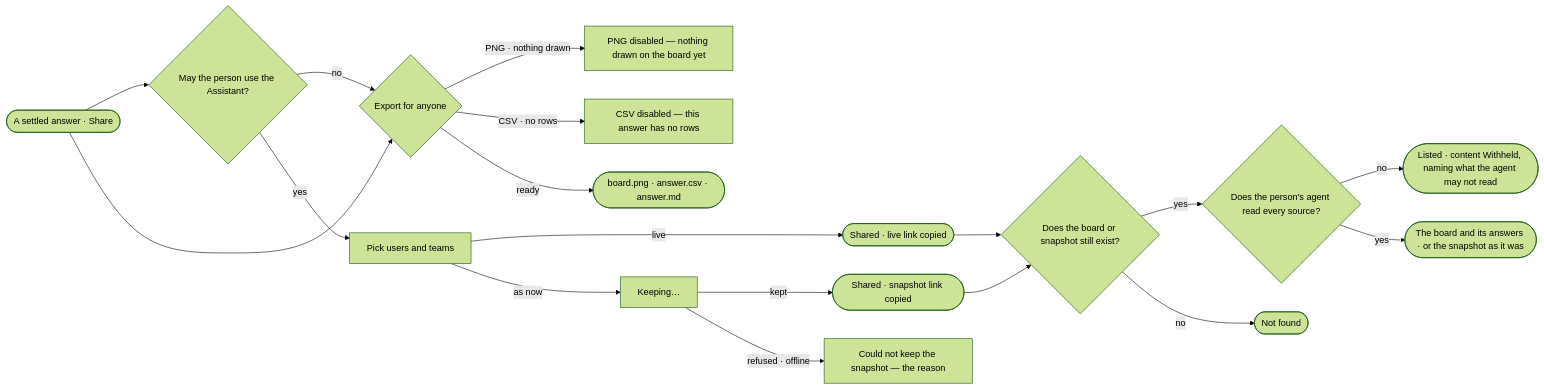
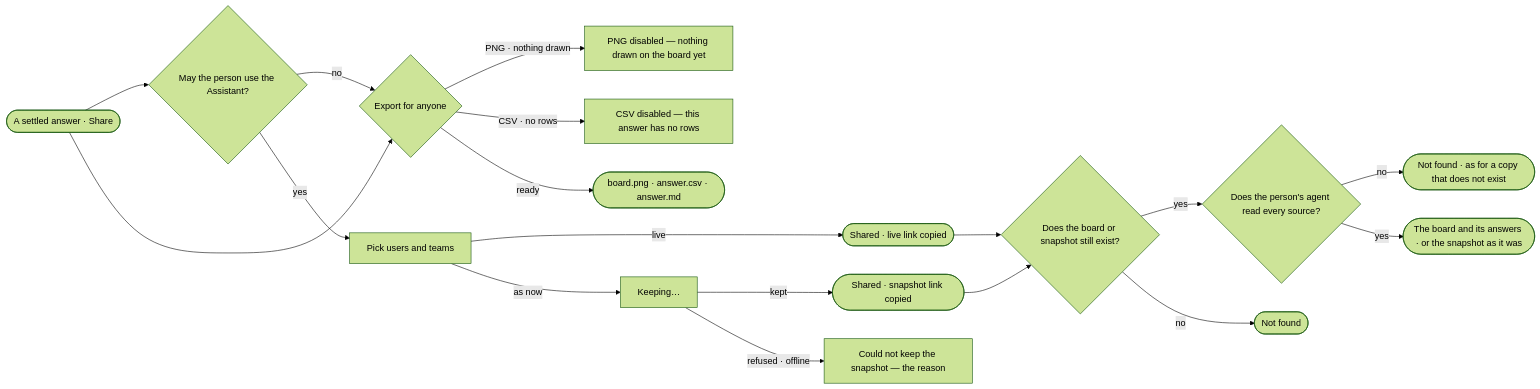
Before and after one commit to invana/invana: the diagram in specs/capabilities/explore/features/EX-F02-share-and-present-an-answer/stories/EX-15-share-an-answer/story.md, drawn with Mermaid (forest theme). The commit also changed other lines of this file and 69 other files, not shown here.

````diff
--- a/specs/capabilities/explore/features/EX-F02-share-and-present-an-answer/stories/EX-15-share-an-answer/story.md
+++ b/specs/capabilities/explore/features/EX-F02-share-and-present-an-answer/stories/EX-15-share-an-answer/story.md
@@ -29,20 +29,20 @@
 ```mermaid
 flowchart LR
   a([A settled answer · Share]) --> own{May the person use the Assistant?}
   own -->|no| ex
   own -->|yes| w["Pick users and teams"]
   w -->|live| l(["Shared · live link copied"])
   w -->|as now| k["Keeping…"]
   k -->|kept| s(["Shared · snapshot link copied"])
   k -->|refused · offline| f["Could not keep the snapshot — the reason"]
   a --> ex{Export for anyone}
   ex -->|PNG · nothing drawn| p0["PNG disabled — nothing drawn on the board yet"]
   ex -->|CSV · no rows| c0["CSV disabled — this answer has no rows"]
   ex -->|ready| file(["board.png · answer.csv · answer.md"])
   l --> o{Does the board or snapshot still exist?}
   s --> o
   o -->|yes| lin{Does the person's agent read every source?}
-  lin -->|no| red([Listed · content Withheld, naming what the agent may not read])
+  lin -->|no| red([Not found · as for a copy that does not exist])
   lin -->|yes| seen([The board and its answers · or the snapshot as it was])
   o -->|no| nf([Not found])
 ```
````
